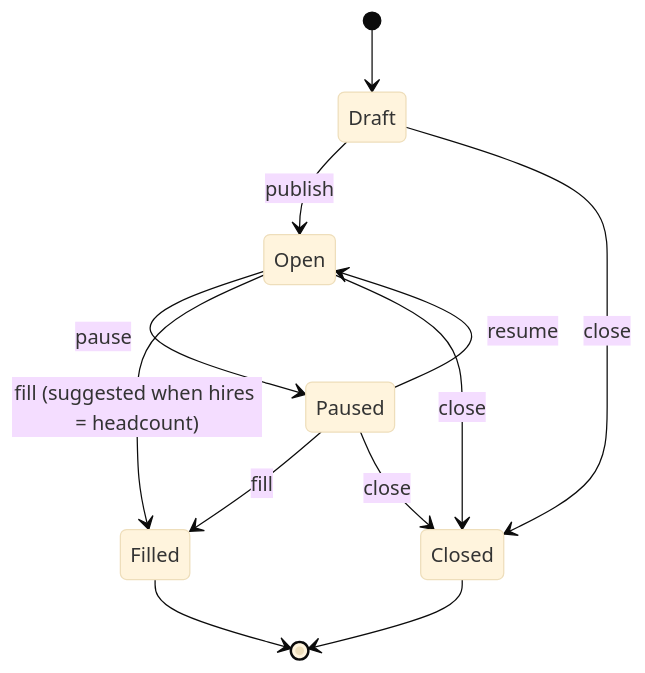
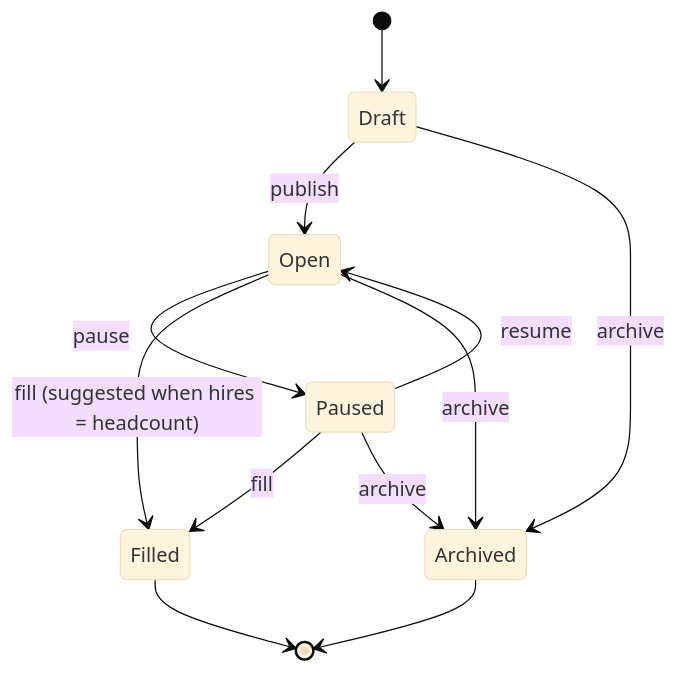
Before and after one commit to famly/hire-me: the second of 3 diagrams in README.md, drawn with Mermaid (base theme). The commit also changed other lines of this file, not shown here.

````diff
--- a/README.md
+++ b/README.md
@@ -127,14 +140,14 @@
 ```mermaid
 stateDiagram-v2
     [*] --> Draft
     Draft --> Open: publish
     Open --> Paused: pause
     Paused --> Open: resume
     Open --> Filled: fill (suggested when hires = headcount)
     Paused --> Filled: fill
-    Draft --> Closed: close
-    Open --> Closed: close
-    Paused --> Closed: close
+    Draft --> Archived: archive
+    Open --> Archived: archive
+    Paused --> Archived: archive
     Filled --> [*]
-    Closed --> [*]
+    Archived --> [*]
 ```
````
